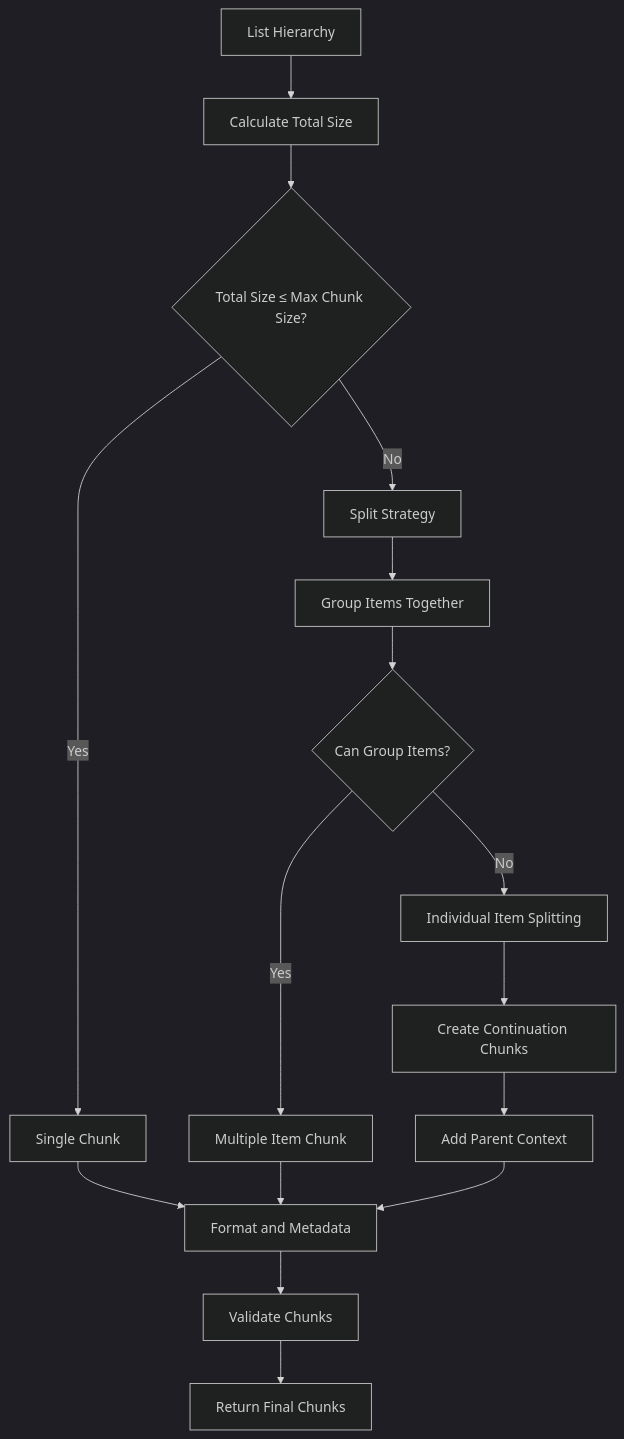
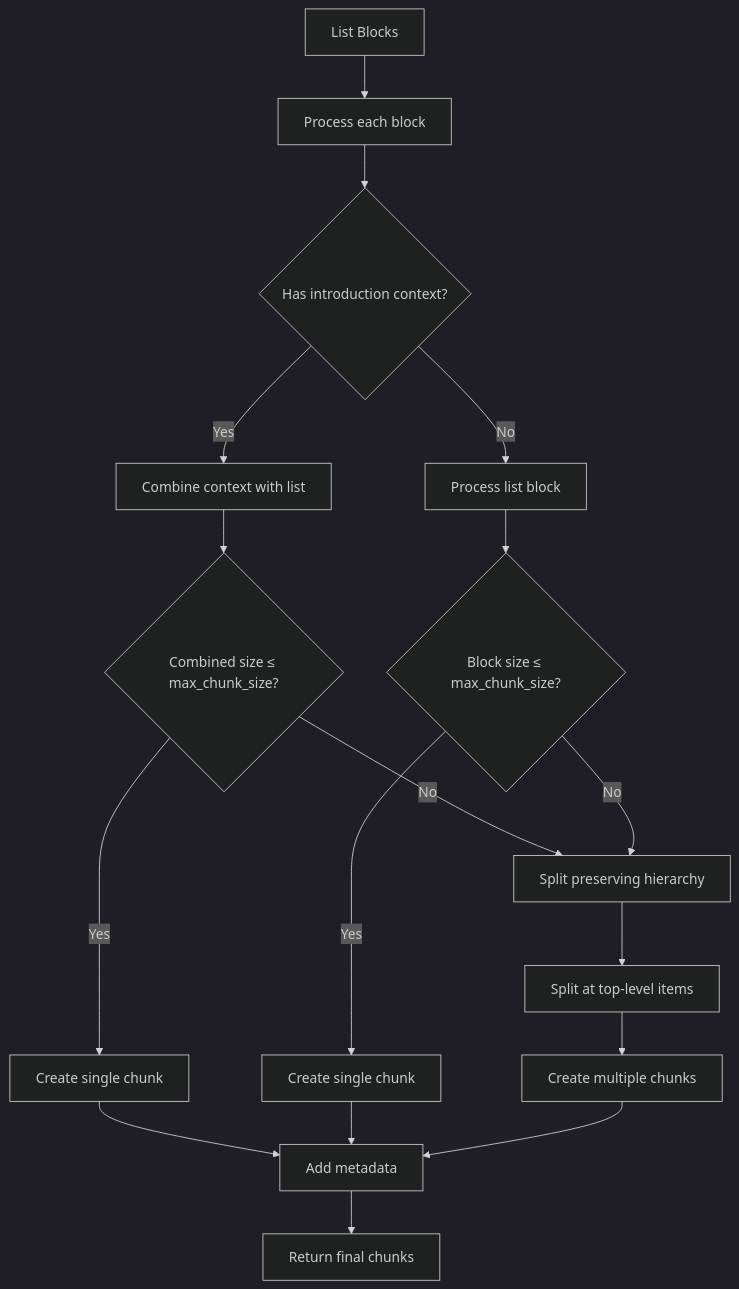
One commit to asukhodko/dify-markdown-chunker changed the fifth of 5 diagrams in .qoder/repowiki/en/content/Chunking Strategies/List Strategy.md. Above: the diagram before and after it, drawn with Mermaid (dark theme). The commit also changed other lines of this file and 5 other files, not shown here.

````diff
--- a/.qoder/repowiki/en/content/Chunking Strategies/List Strategy.md
+++ b/.qoder/repowiki/en/content/Chunking Strategies/List Strategy.md
@@ -260,18 +283,19 @@
 ```mermaid
 flowchart TD
-A["List Hierarchy"] --> B["Calculate Total Size"]
-B --> C{"Total Size ≤ Max Chunk Size?"}
-C --> |Yes| D["Single Chunk"]
-C --> |No| E["Split Strategy"]
-E --> F["Group Items Together"]
-F --> G{"Can Group Items?"}
-G --> |Yes| H["Multiple Item Chunk"]
-G --> |No| I["Individual Item Splitting"]
-I --> J["Create Continuation Chunks"]
-J --> K["Add Parent Context"]
-D --> L["Format and Metadata"]
-H --> L
-K --> L
-L --> M["Validate Chunks"]
-M --> N["Return Final Chunks"]
+A["List Blocks"] --> B["Process each block"]
+B --> C{"Has introduction context?"}
+C --> |Yes| D["Combine context with list"]
+D --> E{"Combined size ≤ max_chunk_size?"}
+E --> |Yes| F["Create single chunk"]
+E --> |No| G["Split preserving hierarchy"]
+C --> |No| H["Process list block"]
+H --> I{"Block size ≤ max_chunk_size?"}
+I --> |Yes| J["Create single chunk"]
+I --> |No| G
+G --> K["Split at top-level items"]
+K --> L["Create multiple chunks"]
+F --> M["Add metadata"]
+J --> M
+L --> M
+M --> N["Return final chunks"]
 ```
````
